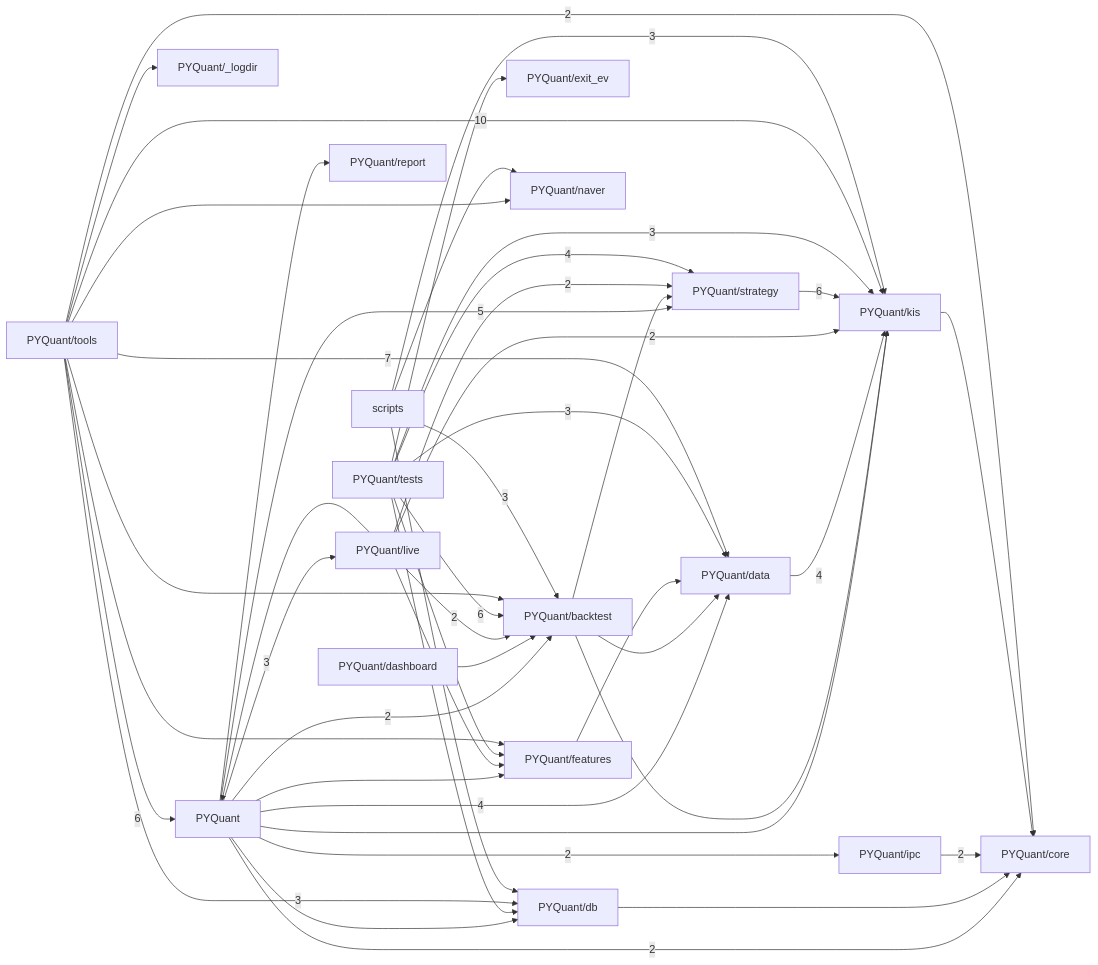
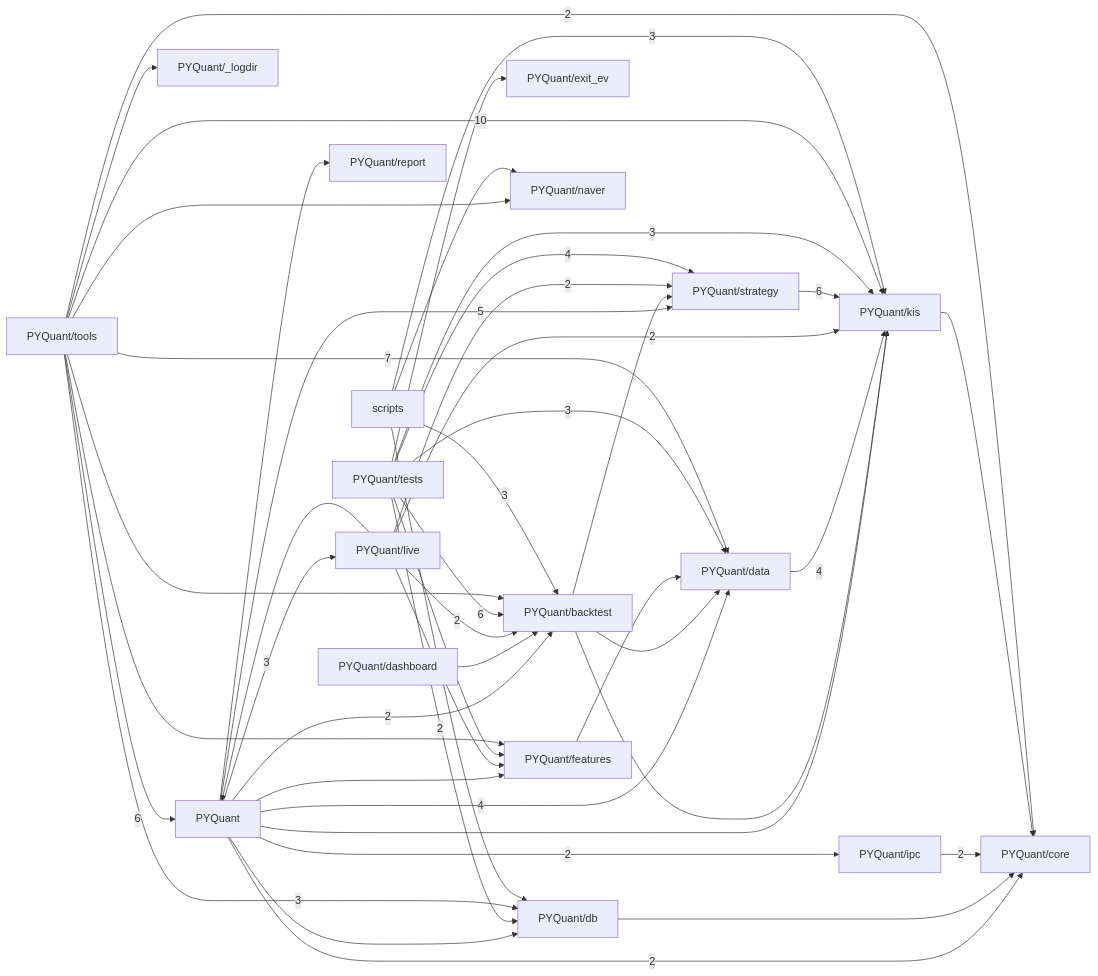
One commit to pypy8171/Quant changed the third of 3 diagrams in docs/CODE_GRAPH.md. Above: the diagram before and after it, drawn with Mermaid. The commit also changed other lines of this file and 5 other files, not shown here.

````diff
--- a/docs/CODE_GRAPH.md
+++ b/docs/CODE_GRAPH.md
@@ -811,66 +811,66 @@
 ```mermaid
 graph LR
   p_PYQuant["PYQuant"]
   p_PYQuant__logdir["PYQuant/_logdir"]
   p_PYQuant_backtest["PYQuant/backtest"]
   p_PYQuant_core["PYQuant/core"]
   p_PYQuant_dashboard["PYQuant/dashboard"]
   p_PYQuant_data["PYQuant/data"]
   p_PYQuant_db["PYQuant/db"]
   p_PYQuant_exit_ev["PYQuant/exit_ev"]
   p_PYQuant_features["PYQuant/features"]
   p_PYQuant_ipc["PYQuant/ipc"]
   p_PYQuant_kis["PYQuant/kis"]
   p_PYQuant_live["PYQuant/live"]
   p_PYQuant_naver["PYQuant/naver"]
   p_PYQuant_report["PYQuant/report"]
   p_PYQuant_strategy["PYQuant/strategy"]
   p_PYQuant_tests["PYQuant/tests"]
   p_PYQuant_tools["PYQuant/tools"]
   p_scripts["scripts"]
   p_PYQuant -->|2| p_PYQuant_backtest
   p_PYQuant -->|2| p_PYQuant_core
   p_PYQuant -->|4| p_PYQuant_data
   p_PYQuant --> p_PYQuant_db
   p_PYQuant --> p_PYQuant_features
   p_PYQuant -->|2| p_PYQuant_ipc
   p_PYQuant --> p_PYQuant_kis
   p_PYQuant -->|3| p_PYQuant_live
   p_PYQuant --> p_PYQuant_report
   p_PYQuant -->|5| p_PYQuant_strategy
   p_PYQuant_backtest --> p_PYQuant_data
   p_PYQuant_backtest --> p_PYQuant_kis
   p_PYQuant_backtest --> p_PYQuant_strategy
   p_PYQuant_dashboard --> p_PYQuant_backtest
   p_PYQuant_data -->|4| p_PYQuant_kis
   p_PYQuant_db --> p_PYQuant_core
   p_PYQuant_features --> p_PYQuant_data
   p_PYQuant_ipc -->|2| p_PYQuant_core
   p_PYQuant_kis --> p_PYQuant_core
   p_PYQuant_live --> p_PYQuant
   p_PYQuant_live -->|2| p_PYQuant_backtest
   p_PYQuant_live --> p_PYQuant_features
   p_PYQuant_live -->|2| p_PYQuant_kis
   p_PYQuant_live -->|2| p_PYQuant_strategy
   p_PYQuant_strategy -->|6| p_PYQuant_kis
   p_PYQuant_tests -->|6| p_PYQuant_backtest
   p_PYQuant_tests -->|3| p_PYQuant_data
-  p_PYQuant_tests --> p_PYQuant_db
+  p_PYQuant_tests -->|2| p_PYQuant_db
   p_PYQuant_tests --> p_PYQuant_exit_ev
   p_PYQuant_tests --> p_PYQuant_features
   p_PYQuant_tests -->|3| p_PYQuant_kis
   p_PYQuant_tests -->|4| p_PYQuant_strategy
   p_PYQuant_tools -->|6| p_PYQuant
   p_PYQuant_tools --> p_PYQuant__logdir
   p_PYQuant_tools --> p_PYQuant_backtest
   p_PYQuant_tools -->|2| p_PYQuant_core
   p_PYQuant_tools -->|7| p_PYQuant_data
   p_PYQuant_tools -->|3| p_PYQuant_db
   p_PYQuant_tools --> p_PYQuant_features
   p_PYQuant_tools -->|10| p_PYQuant_kis
   p_PYQuant_tools --> p_PYQuant_naver
   p_scripts -->|3| p_PYQuant_backtest
   p_scripts --> p_PYQuant_db
   p_scripts -->|3| p_PYQuant_kis
   p_scripts --> p_PYQuant_naver
 ```
````
